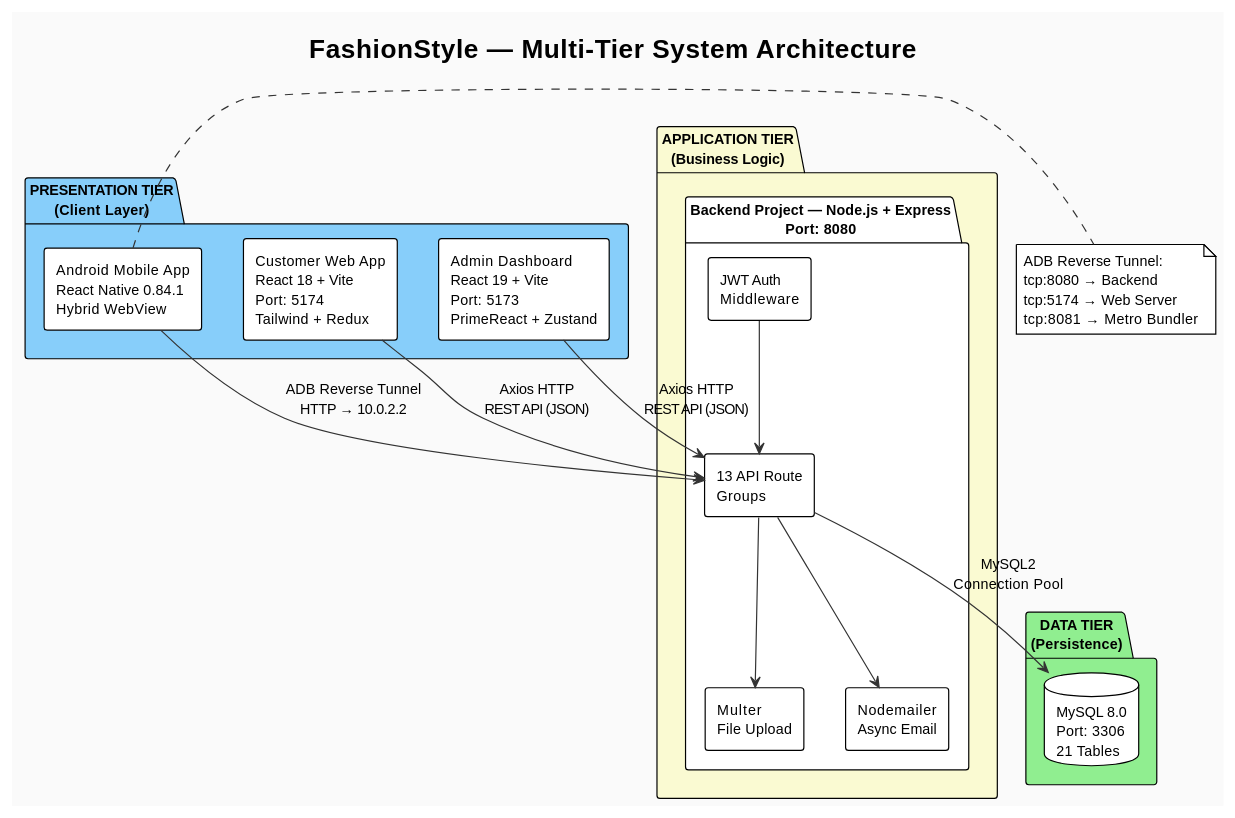
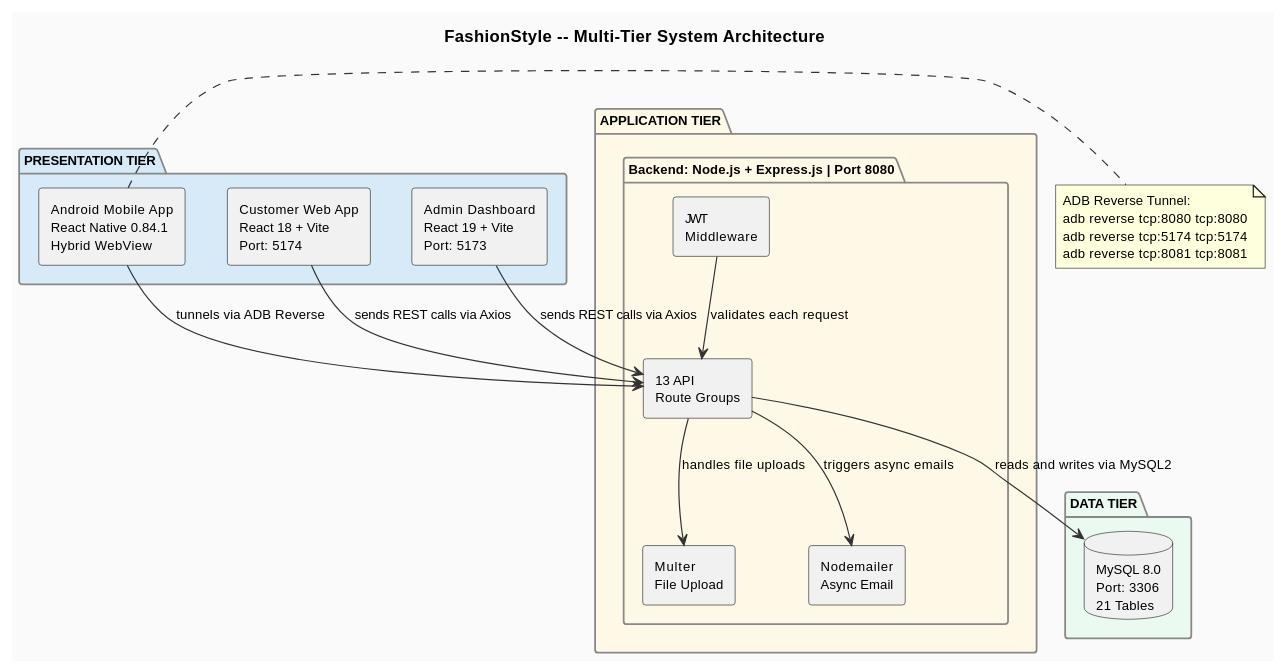
One commit to TungVuk4/Final-Project changed the first of 9 diagrams in PlantUML_Diagrams.md. Above: the diagram before and after it, drawn with PlantUML. The commit also changed other lines of this file and 2 other files, not shown here.

````diff
--- a/PlantUML_Diagrams.md
+++ b/PlantUML_Diagrams.md
@@ -9,47 +10,48 @@
 ```plantuml
-@startuml FashionStyle_Architecture
-!theme plain
+@startuml
 skinparam backgroundColor #FAFAFA
 skinparam defaultFontName Arial
-skinparam defaultFontSize 12
+skinparam defaultFontSize 11
+skinparam componentStyle rectangle
 skinparam ArrowColor #333333
-skinparam componentStyle rectangle
+skinparam packageBorderColor #888888
 
-title FashionStyle — Multi-Tier System Architecture
+title FashionStyle -- Multi-Tier System Architecture
 
-package "PRESENTATION TIER\n(Client Layer)" as PT #LightSkyBlue {
-  [Customer Web App\nReact 18 + Vite\nPort: 5174\nTailwind + Redux] as WEB
-  [Admin Dashboard\nReact 19 + Vite\nPort: 5173\nPrimeReact + Zustand] as ADMIN
-  [Android Mobile App\nReact Native 0.84.1\nHybrid WebView] as APP
+package "PRESENTATION TIER" #D6EAF8 {
+  component "Customer Web App\nReact 18 + Vite\nPort: 5174" as WEB
+  component "Admin Dashboard\nReact 19 + Vite\nPort: 5173" as ADMIN
+  component "Android Mobile App\nReact Native 0.84.1\nHybrid WebView" as APP
 }
 
-package "APPLICATION TIER\n(Business Logic)" as AT #LightGoldenRodYellow {
-  package "Backend Project — Node.js + Express\nPort: 8080" {
-    [JWT Auth\nMiddleware] as JWT
-    [13 API Route\nGroups] as API
-    [Multer\nFile Upload] as MULTER
-    [Nodemailer\nAsync Email] as MAIL
+package "APPLICATION TIER" #FEF9E7 {
+  package "Backend: Node.js + Express.js | Port 8080" {
+    component "JWT\nMiddleware" as JWT
+    component "13 API\nRoute Groups" as API
+    component "Multer\nFile Upload" as MULTER
+    component "Nodemailer\nAsync Email" as MAIL
   }
 }
 
-package "DATA TIER\n(Persistence)" as DT #LightGreen {
+package "DATA TIER" #EAFAF1 {
   database "MySQL 8.0\nPort: 3306\n21 Tables" as DB
 }
 
-WEB --> API : Axios HTTP\nREST API (JSON)
-ADMIN --> API : Axios HTTP\nREST API (JSON)
-APP --> API : ADB Reverse Tunnel\nHTTP → 10.0.2.2
+WEB --> API : sends REST calls via Axios
+ADMIN --> API : sends REST calls via Axios
+APP --> API : tunnels via ADB Reverse
 
-JWT --> API
-API --> MULTER
-API --> MAIL
-API --> DB : MySQL2\nConnection Pool
+JWT --> API : validates each request
+API --> DB : reads and writes via MySQL2
+API --> MULTER : handles file uploads
+API --> MAIL : triggers async emails
 
 note right of APP
   ADB Reverse Tunnel:
-  tcp:8080 → Backend
-  tcp:5174 → Web Server
-  tcp:8081 → Metro Bundler
+  adb reverse tcp:8080 tcp:8080
+  adb reverse tcp:5174 tcp:5174
+  adb reverse tcp:8081 tcp:8081
 end note
+
 @enduml
 ```
````
